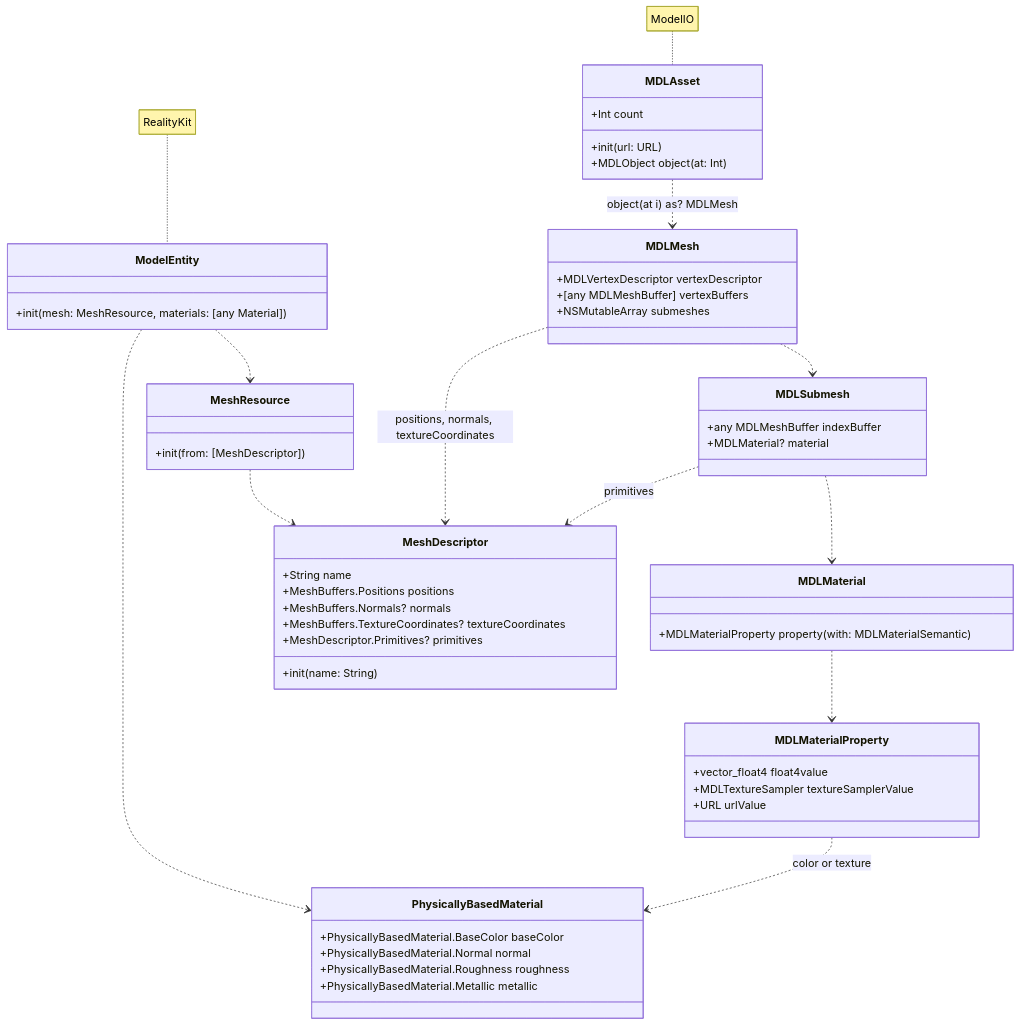
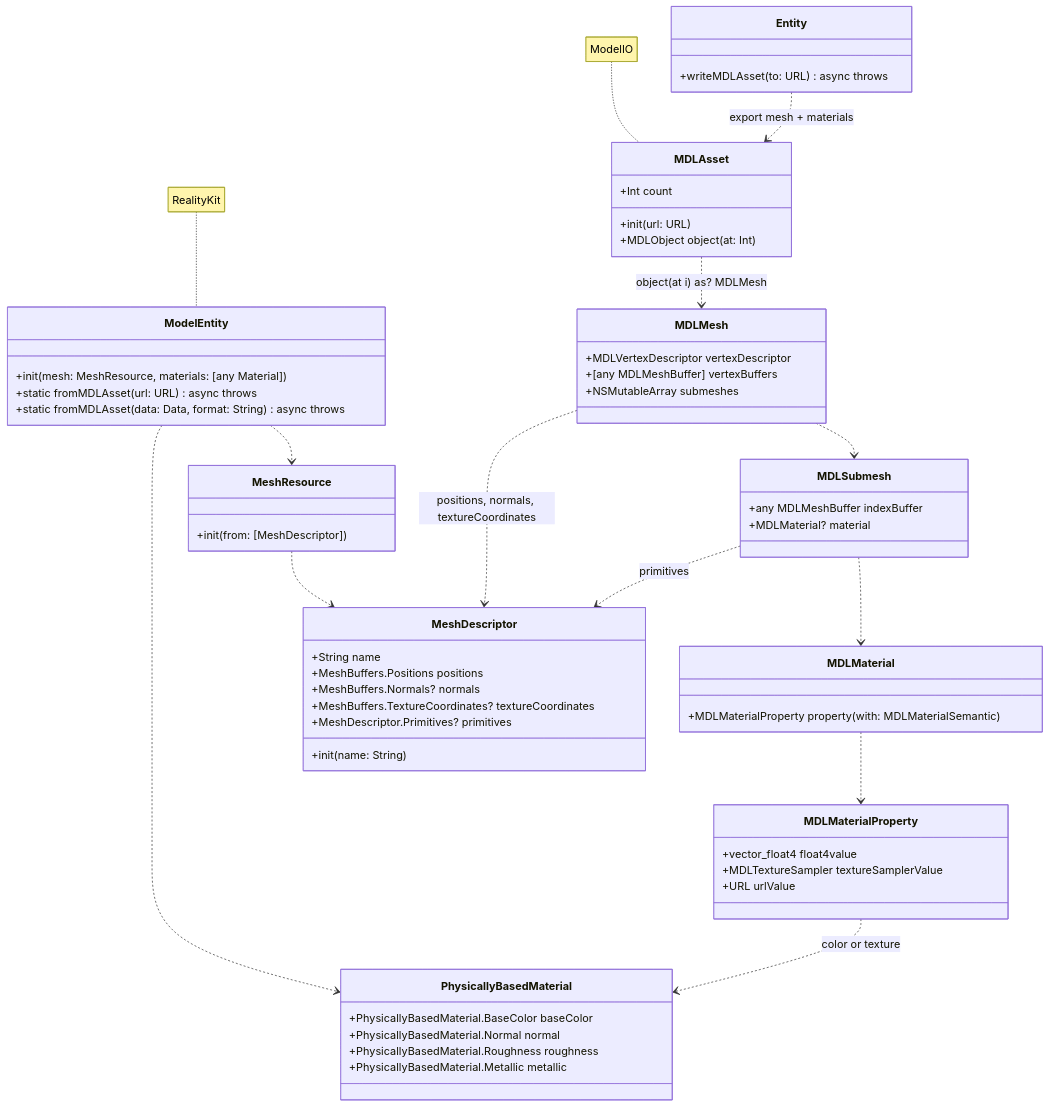
One commit to radcli14/ModelIO-to-RealityKit changed the diagram in README.md. Above: the diagram before and after it, drawn with Mermaid. The commit also changed other lines of this file, not shown here.

Commit message:
updated readme for supported formats, added data interface to the minimal example, and mention of the texture embedding for USDZ export

````diff
--- a/README.md
+++ b/README.md
@@ -83,68 +119,75 @@
 ```mermaid
 classDiagram
     note for MDLAsset "ModelIO"
     note for ModelEntity "RealityKit"
 
     MDLAsset ..> MDLMesh : object(at i) as? MDLMesh
     MDLMesh ..> MDLSubmesh
     MDLSubmesh ..> MDLMaterial
     MDLMaterial ..> MDLMaterialProperty
 
     class MDLAsset {
         +Int count
         +init(url: URL)
         +MDLObject object(at: Int) 
     }
 
     class MDLMesh {
         +MDLVertexDescriptor vertexDescriptor 
         +[any MDLMeshBuffer] vertexBuffers
         +NSMutableArray submeshes 
     }
 
     class MDLSubmesh {
         +any MDLMeshBuffer indexBuffer
         +MDLMaterial? material
     }
 
     class MDLMaterial {
         +MDLMaterialProperty property(with: MDLMaterialSemantic)
     }
 
     class MDLMaterialProperty {
         +vector_float4 float4value
         +MDLTextureSampler textureSamplerValue
         +URL urlValue
     }
 
     ModelEntity ..> MeshResource
     ModelEntity ..> PhysicallyBasedMaterial
     MeshResource ..> MeshDescriptor
     class ModelEntity {
         +init(mesh: MeshResource, materials: [any Material])
+        +static fromMDLAsset(url: URL) async throws
+        +static fromMDLAsset(data: Data, format: String) async throws
     }
 
     class MeshResource {
         +init(from: [MeshDescriptor])
     }
 
     class MeshDescriptor {
         +String name
         +MeshBuffers.Positions positions
         +MeshBuffers.Normals? normals
         +MeshBuffers.TextureCoordinates? textureCoordinates
         +MeshDescriptor.Primitives? primitives
         +init(name: String)
     }
 
     class PhysicallyBasedMaterial {
         +PhysicallyBasedMaterial.BaseColor baseColor
         +PhysicallyBasedMaterial.Normal normal
         +PhysicallyBasedMaterial.Roughness roughness
         +PhysicallyBasedMaterial.Metallic metallic 
     }
 
     MDLMesh ..> MeshDescriptor : positions, normals, textureCoordinates
     MDLSubmesh ..> MeshDescriptor : primitives
     MDLMaterialProperty ..> PhysicallyBasedMaterial : color or texture
+
+    class Entity {
+        +writeMDLAsset(to: URL) async throws
+    }
+    Entity ..> MDLAsset : export mesh + materials
 ```
````
